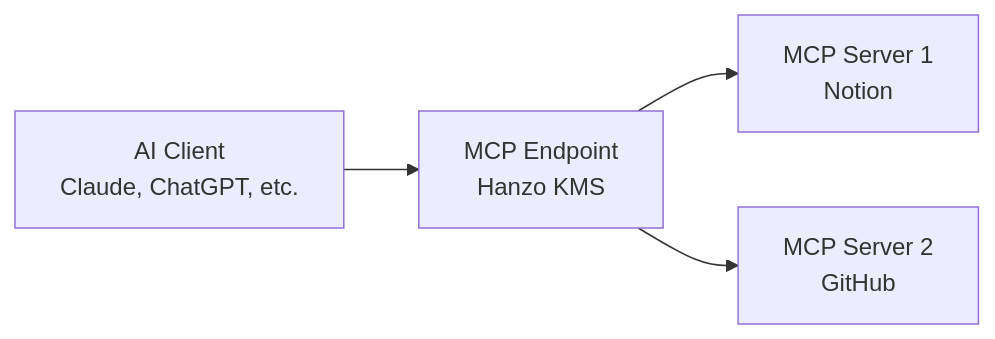
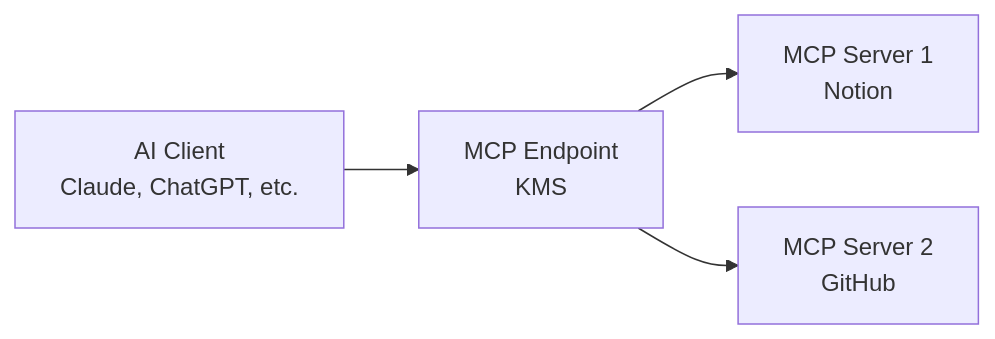
One commit to hanzoai/kms changed the diagram in docs/documentation/platform/agent-sentinel/mcp-endpoints.mdx. Above: the diagram before and after it, drawn with Mermaid. The commit also changed other lines of this file and 855 other files, not shown here.

````diff
--- a/docs/documentation/platform/agent-sentinel/mcp-endpoints.mdx
+++ b/docs/documentation/platform/agent-sentinel/mcp-endpoints.mdx
@@ -36,6 +36,6 @@
 ```mermaid
 graph LR
-    A[AI Client<br/>Claude, ChatGPT, etc.] --> B[MCP Endpoint<br/>Hanzo KMS]
+    A[AI Client<br/>Claude, ChatGPT, etc.] --> B[MCP Endpoint<br/>KMS]
     B --> C[MCP Server 1<br/>Notion]
     B --> D[MCP Server 2<br/>GitHub]
 ```
````
